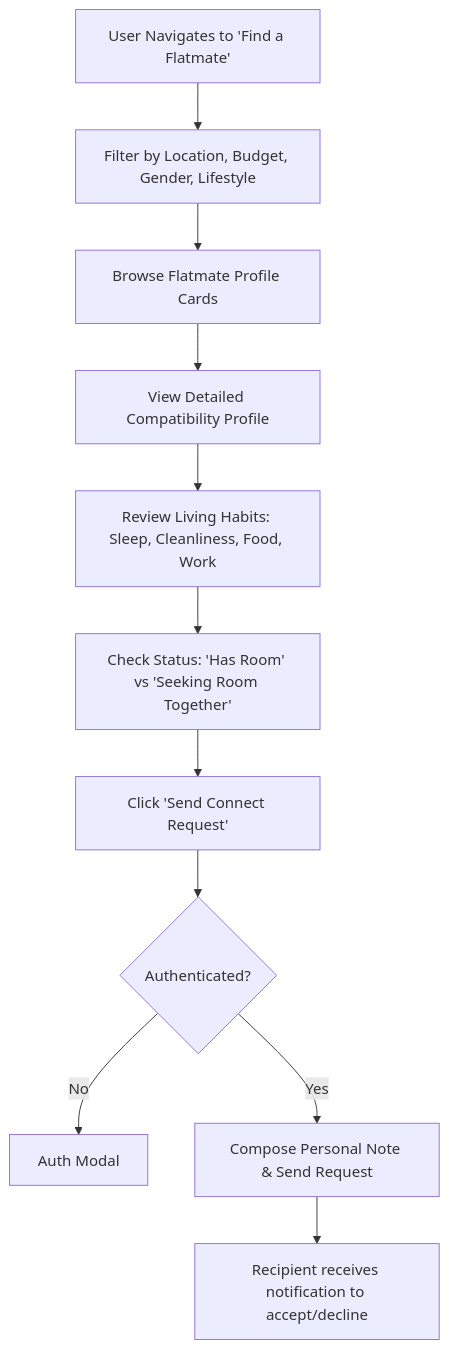
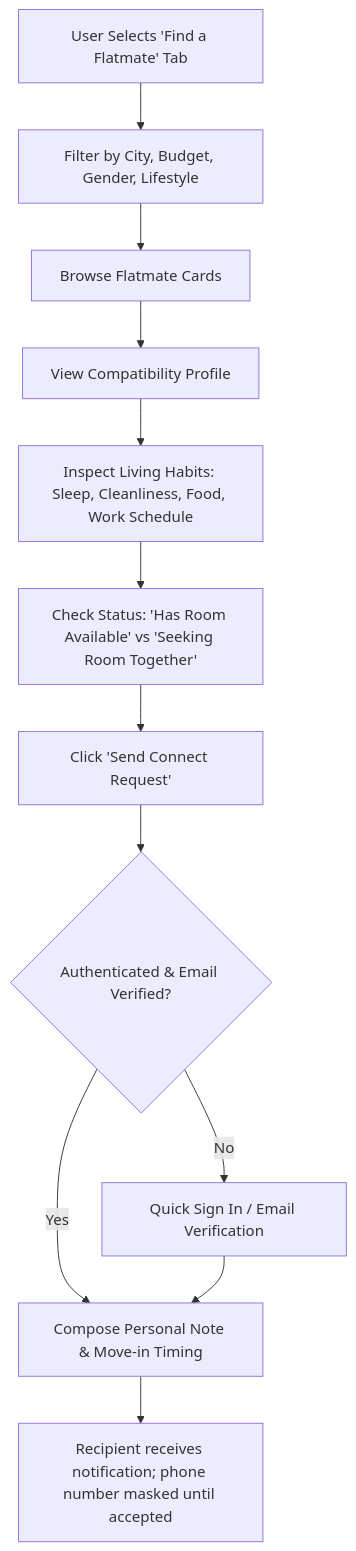
One commit to Ar10Ansari/aashvo changed the second of 5 diagrams in docs/USER_JOURNEYS.md. Above: the diagram before and after it, drawn with Mermaid. The commit also changed other lines of this file and 59 other files, not shown here.

````diff
--- a/docs/USER_JOURNEYS.md
+++ b/docs/USER_JOURNEYS.md
@@ -43,13 +47,14 @@
 ```mermaid
 graph TD
-    A[User Navigates to 'Find a Flatmate'] --> B[Filter by Location, Budget, Gender, Lifestyle]
-    B --> C[Browse Flatmate Profile Cards]
-    C --> D[View Detailed Compatibility Profile]
-    D --> E[Review Living Habits: Sleep, Cleanliness, Food, Work]
-    E --> F[Check Status: 'Has Room' vs 'Seeking Room Together']
+    A[User Selects 'Find a Flatmate' Tab] --> B[Filter by City, Budget, Gender, Lifestyle]
+    B --> C[Browse Flatmate Cards]
+    C --> D[View Compatibility Profile]
+    D --> E[Inspect Living Habits: Sleep, Cleanliness, Food, Work Schedule]
+    E --> F[Check Status: 'Has Room Available' vs 'Seeking Room Together']
     F --> G[Click 'Send Connect Request']
-    G --> H{Authenticated?}
-    H -- No --> I[Auth Modal]
-    H -- Yes --> J[Compose Personal Note & Send Request]
-    J --> K[Recipient receives notification to accept/decline]
+    G --> H{Authenticated & Email Verified?}
+    H -- No --> I[Quick Sign In / Email Verification]
+    H -- Yes --> J[Compose Personal Note & Move-in Timing]
+    I --> J
+    J --> K[Recipient receives notification; phone number masked until accepted]
 ```
````
